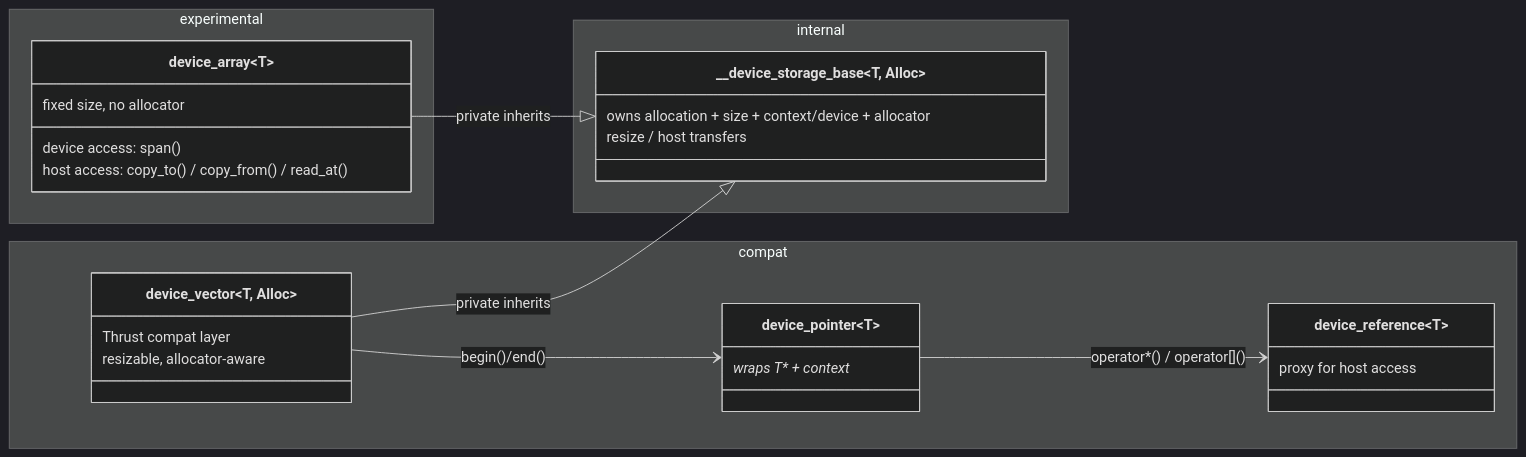
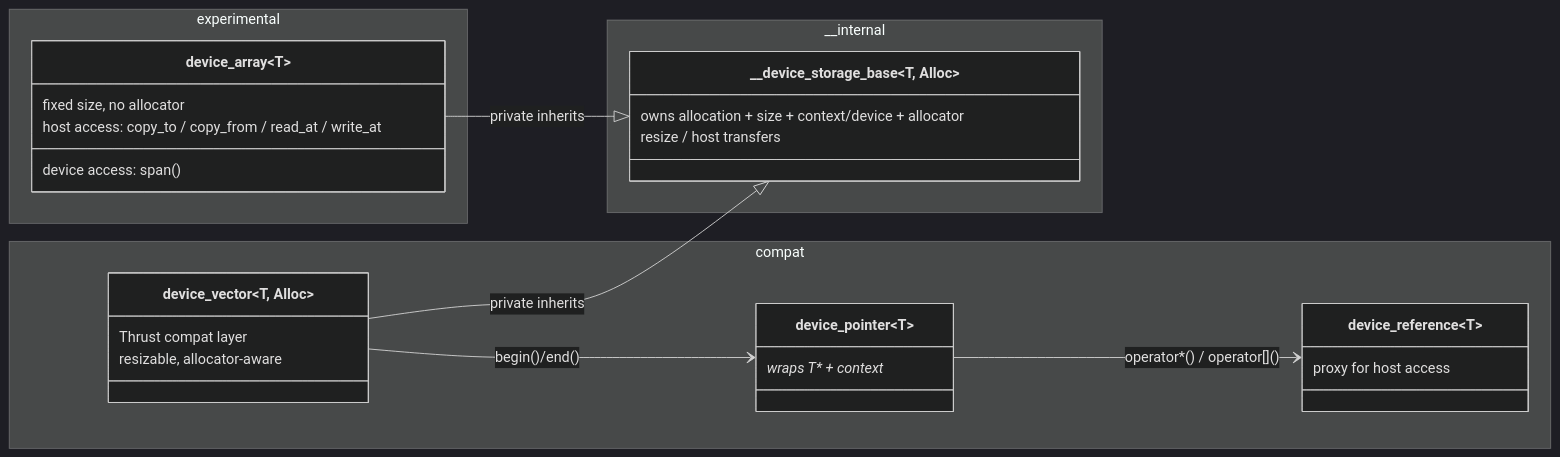
Before and after one commit to uxlfoundation/oneDPL: the diagram in rfcs/proposed/device_vector/README.md, drawn with Mermaid (dark theme). The commit also changed other lines of this file and 2 other files, not shown here.

````diff
--- a/rfcs/proposed/device_vector/README.md
+++ b/rfcs/proposed/device_vector/README.md
@@ -83,39 +83,39 @@
 ```mermaid
 classDiagram
     direction LR
 
-    namespace internal {
+    namespace __internal {
         class __device_storage_base~T, Alloc~ {
             owns allocation + size + context/device + allocator
             resize / host transfers
         }
     }
 
     namespace experimental {
         class device_array~T~ {
             fixed size, no allocator
             device access: span()
-            host access: copy_to() / copy_from() / read_at()
+            host access: copy_to / copy_from / read_at / write_at
         }
     }
 
     namespace compat {
         class device_vector~T, Alloc~ {
             Thrust compat layer
             resizable, allocator-aware
         }
 
         class device_pointer~T~ {
             wraps T* + context*
         }
 
         class device_reference~T~ {
             proxy for host access
         }
     }
 
     device_array --|> __device_storage_base : private inherits
     device_vector --|> __device_storage_base : private inherits
     device_vector --> device_pointer : begin()/end()
     device_pointer --> device_reference : operator*() / operator[]()
 ```
````
